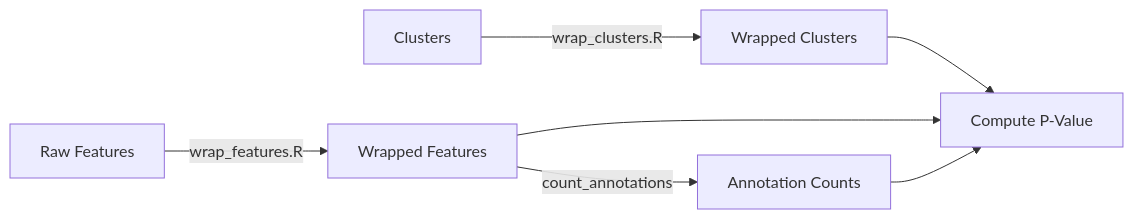
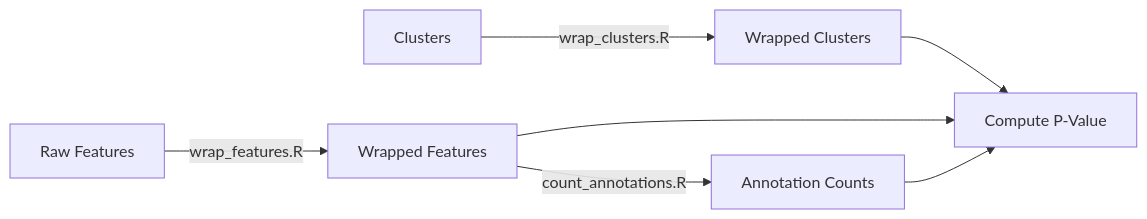
Before and after one commit to FabrizioG2000/BootstrappingPipeline: the diagram in readme.md, drawn with Mermaid. The commit also changed 3 other files, not shown here.

Commit message:
Fixed the connection between count_annotations, compute_p_value and connected them with snakemake.

````diff
--- a/readme.md
+++ b/readme.md
@@ -7,9 +7,9 @@
 ```mermaid
   graph LR;
     A[Raw Features] --wrap_features.R--> B[Wrapped Features]
-    B --count_annotations--> E[Annotation Counts] 
+    B --count_annotations.R--> E[Annotation Counts] 
     C[Clusters] --wrap_clusters.R--> D[Wrapped Clusters]
     D --> F[Compute P-Value]
     B --> F
     E --> F
 ```
````
